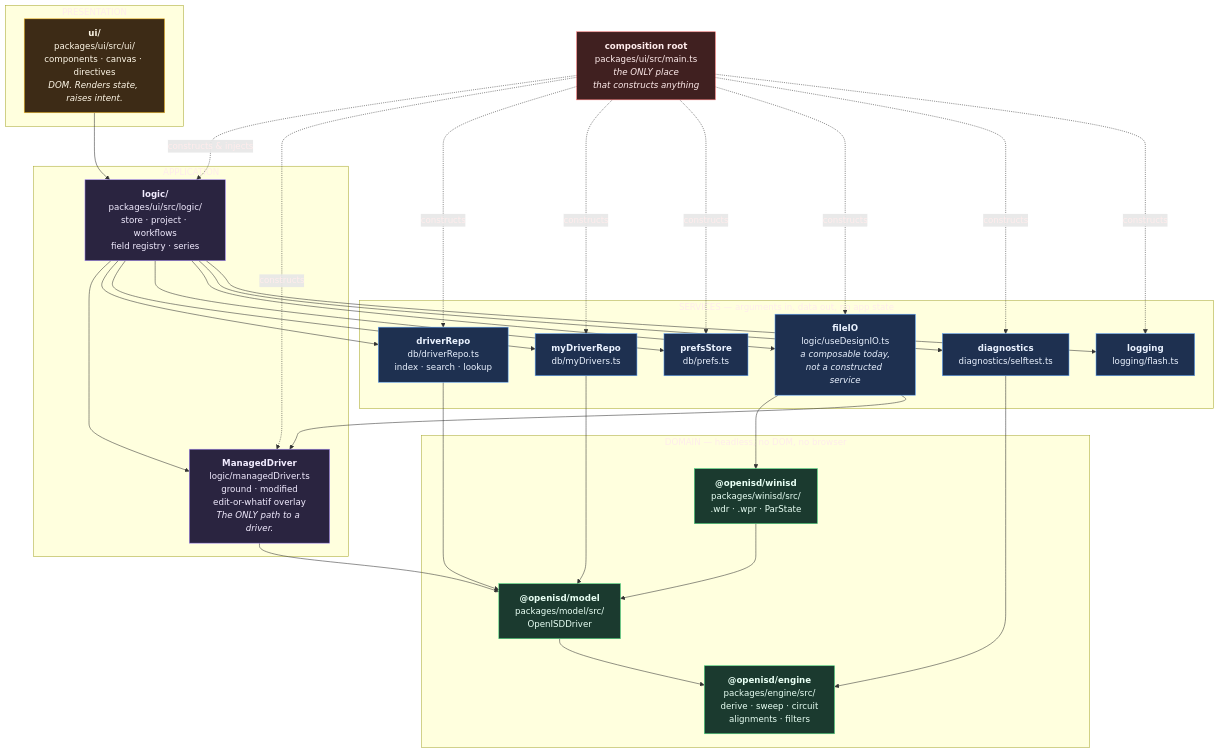
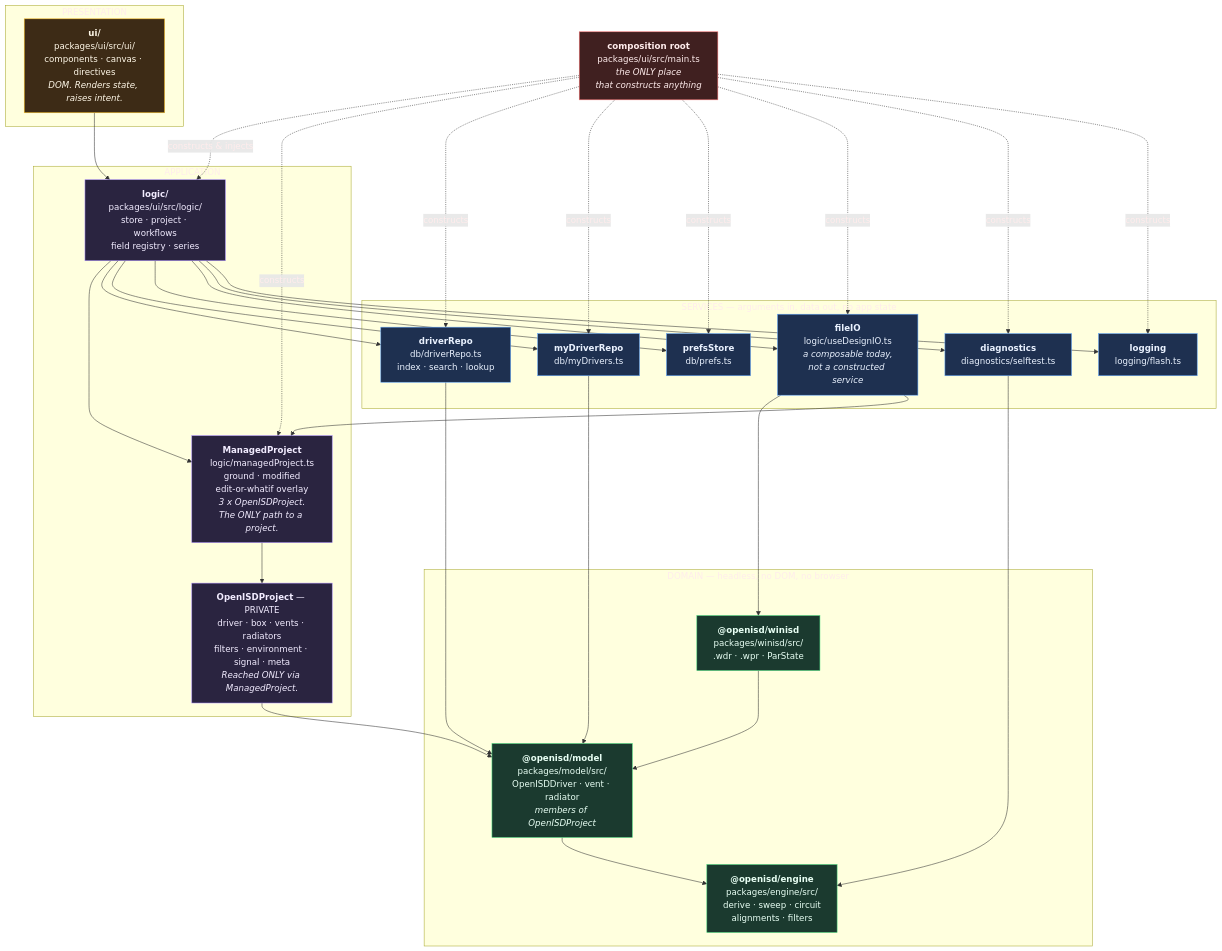
One commit to Johnlon/openisd changed the second of 4 diagrams in ARCHITECTURE.md. Above: the diagram before and after it, drawn with Mermaid. The commit also changed other lines of this file and 1 other file, not shown here.

First line of the commit message:
Diagrams + rules for ManagedProject/OpenISDProject

````diff
--- a/ARCHITECTURE.md
+++ b/ARCHITECTURE.md
@@ -110,65 +110,67 @@
 ```mermaid
 graph TD
     subgraph L1["PRESENTATION"]
         UI["<b>ui/</b><br/>packages/ui/src/ui/<br/>components · canvas · directives<br/><i>DOM. Renders state, raises intent.</i>"]
     end
 
     subgraph L2["APPLICATION"]
         LOGIC["<b>logic/</b><br/>packages/ui/src/logic/<br/>store · project · workflows<br/>field registry · series"]
-        MANAGED["<b>ManagedDriver</b><br/>logic/managedDriver.ts<br/>ground · modified<br/>edit-or-whatif overlay<br/><i>The ONLY path to a driver.</i>"]
+        MANAGED["<b>ManagedProject</b><br/>logic/managedProject.ts<br/>ground · modified<br/>edit-or-whatif overlay<br/><i>3 x OpenISDProject.<br/>The ONLY path to a project.</i>"]
+        PROJ["<b>OpenISDProject</b> — PRIVATE<br/>driver · box · vents · radiators<br/>filters · environment · signal · meta<br/><i>Reached ONLY via ManagedProject.</i>"]
     end
 
     subgraph L3["SERVICES — arguments in, data out, no app state"]
         DRIVERREPO["<b>driverRepo</b><br/>db/driverRepo.ts<br/>index · search · lookup"]
         MYREPO["<b>myDriverRepo</b><br/>db/myDrivers.ts"]
         PREFS["<b>prefsStore</b><br/>db/prefs.ts"]
         FILEIO["<b>fileIO</b><br/>logic/useDesignIO.ts<br/><i>a composable today,<br/>not a constructed service</i>"]
         DIAG["<b>diagnostics</b><br/>diagnostics/selftest.ts"]
         LOGGING["<b>logging</b><br/>logging/flash.ts"]
     end
 
     subgraph L4["DOMAIN — headless, no DOM, no browser"]
-        MODEL["<b>@openisd/model</b><br/>packages/model/src/<br/>OpenISDDriver"]
+        MODEL["<b>@openisd/model</b><br/>packages/model/src/<br/>OpenISDDriver · vent · radiator<br/><i>members of OpenISDProject</i>"]
         ENGINE["<b>@openisd/engine</b><br/>packages/engine/src/<br/>derive · sweep · circuit<br/>alignments · filters"]
         SERIAL["<b>@openisd/winisd</b><br/>packages/winisd/src/<br/>.wdr · .wpr · ParState"]
     end
 
     ROOT["<b>composition root</b><br/>packages/ui/src/main.ts<br/><i>the ONLY place<br/>that constructs anything</i>"]
 
     ROOT -.constructs & injects.-> LOGIC
     ROOT -.constructs.-> MANAGED
     ROOT -.constructs.-> DRIVERREPO
     ROOT -.constructs.-> MYREPO
     ROOT -.constructs.-> PREFS
     ROOT -.constructs.-> FILEIO
     ROOT -.constructs.-> DIAG
     ROOT -.constructs.-> LOGGING
 
     UI --> LOGIC
     LOGIC --> MANAGED
+    MANAGED --> PROJ
     LOGIC --> DRIVERREPO
     LOGIC --> MYREPO
     LOGIC --> PREFS
     LOGIC --> FILEIO
     LOGIC --> DIAG
     LOGIC --> LOGGING
-    MANAGED --> MODEL
+    PROJ --> MODEL
     DRIVERREPO --> MODEL
     MYREPO --> MODEL
     FILEIO --> SERIAL
     FILEIO --> MANAGED
     DIAG --> ENGINE
     MODEL --> ENGINE
     SERIAL --> MODEL
 
     classDef pres fill:#3d2b16,stroke:#fbbf24,color:#fff8e8
     classDef app fill:#2a2440,stroke:#a78bfa,color:#f2ecff
     classDef svc fill:#1e3050,stroke:#60a5fa,color:#eaf2ff
     classDef dom fill:#1b3a2f,stroke:#4ade80,color:#e8fff4
     classDef root fill:#402020,stroke:#f87171,color:#ffecec
     class UI pres
-    class LOGIC,MANAGED app
+    class LOGIC,MANAGED,PROJ app
     class DRIVERREPO,MYREPO,PREFS,FILEIO,DIAG,LOGGING svc
     class MODEL,ENGINE,SERIAL dom
     class ROOT root
 ```
````
